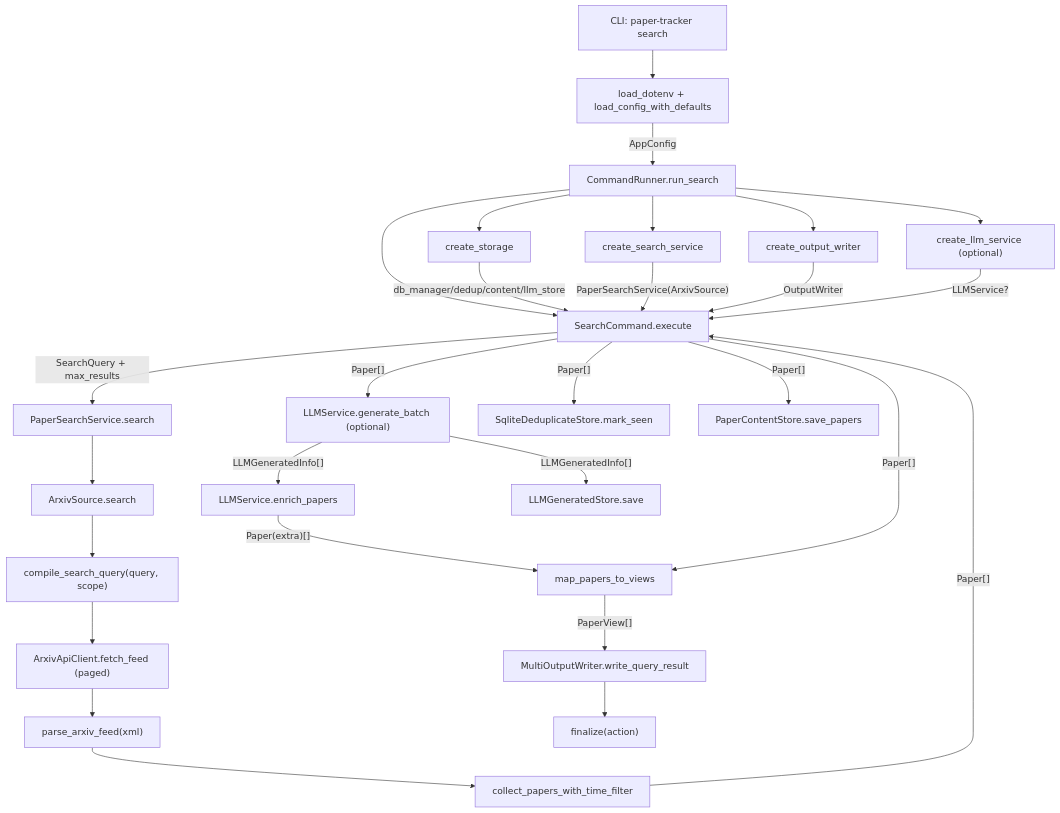
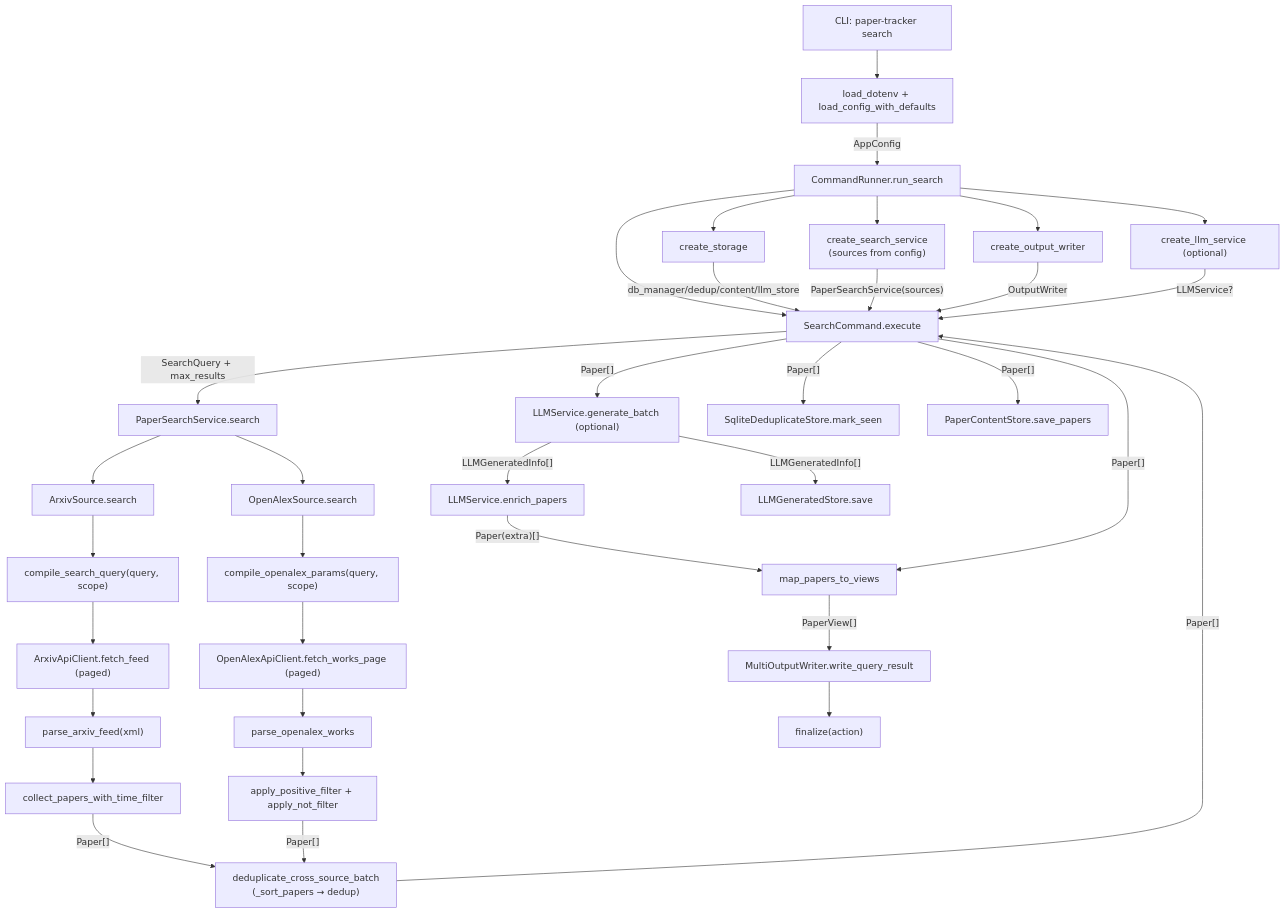
One commit to RainerSeventeen/paper-tracker changed the diagram in docs/zh/architecture_code_flow.md. Above: the diagram before and after it, drawn with Mermaid. The commit also changed other lines of this file and 1 other file, not shown here.

Commit message:
docs: edit openalex description

````diff
--- a/docs/zh/architecture_code_flow.md
+++ b/docs/zh/architecture_code_flow.md
@@ -59,35 +71,46 @@
 ```mermaid
 flowchart TD
     A["CLI: paper-tracker search"] --> B["load_dotenv + load_config_with_defaults"]
     B -->|"AppConfig"| C["CommandRunner.run_search"]
 
     C --> D["create_storage"]
-    C --> E["create_search_service"]
+    C --> E["create_search_service\n(sources from config)"]
     C --> F["create_output_writer"]
     C --> G["create_llm_service (optional)"]
     C --> H["SearchCommand.execute"]
 
     D -->|"db_manager/dedup/content/llm_store"| H
-    E -->|"PaperSearchService(ArxivSource)"| H
+    E -->|"PaperSearchService(sources)"| H
     F -->|"OutputWriter"| H
     G -->|"LLMService?"| H
 
     H -->|"SearchQuery + max_results"| I["PaperSearchService.search"]
-    I --> J["ArxivSource.search"]
-    J --> K["compile_search_query(query, scope)"]
-    K --> L["ArxivApiClient.fetch_feed (paged)"]
-    L --> M["parse_arxiv_feed(xml)"]
-    M --> N["collect_papers_with_time_filter"]
-    N -->|"Paper[]"| H
+
+    I --> J1["ArxivSource.search"]
+    I --> J2["OpenAlexSource.search"]
+
+    J1 --> K1["compile_search_query(query, scope)"]
+    K1 --> L1["ArxivApiClient.fetch_feed (paged)"]
+    L1 --> M1["parse_arxiv_feed(xml)"]
+    M1 --> N1["collect_papers_with_time_filter"]
+    N1 -->|"Paper[]"| AA["deduplicate_cross_source_batch\n(_sort_papers → dedup)"]
+
+    J2 --> K2["compile_openalex_params(query, scope)"]
+    K2 --> L2["OpenAlexApiClient.fetch_works_page (paged)"]
+    L2 --> M2["parse_openalex_works"]
+    M2 --> N2["apply_positive_filter + apply_not_filter"]
+    N2 -->|"Paper[]"| AA
+
+    AA -->|"Paper[]"| H
 
     H -->|"Paper[]"| O["LLMService.generate_batch (optional)"]
     O -->|"LLMGeneratedInfo[]"| P["LLMService.enrich_papers"]
     P -->|"Paper(extra)[]"| Q["map_papers_to_views"]
     H -->|"Paper[]"| Q
     Q -->|"PaperView[]"| R["MultiOutputWriter.write_query_result"]
     R --> S["finalize(action)"]
 
     H -->|"Paper[]"| T["SqliteDeduplicateStore.mark_seen"]
     H -->|"Paper[]"| U["PaperContentStore.save_papers"]
     O -->|"LLMGeneratedInfo[]"| V["LLMGeneratedStore.save"]
 ```
````
